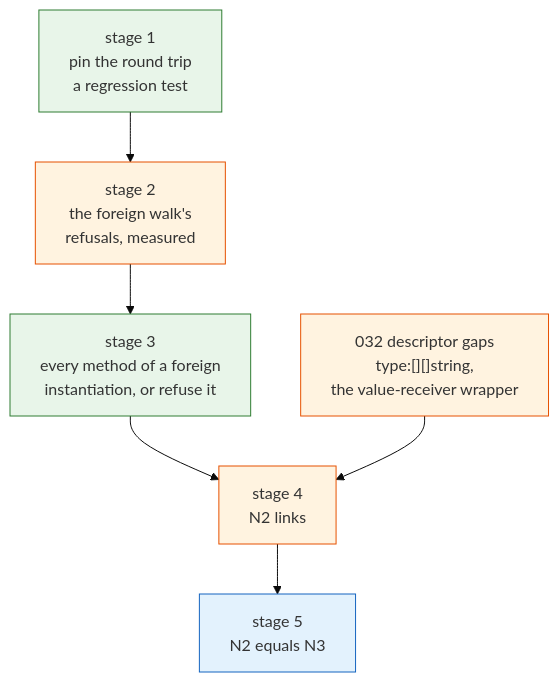
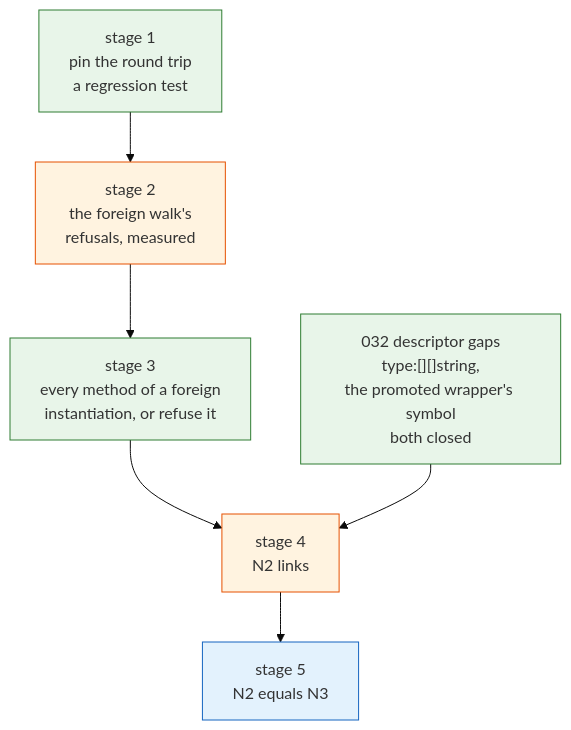
Before and after one commit to golang-design/nanogo: the second of 2 diagrams in specs/017-export-data-reading.md, drawn with Mermaid (base theme). The commit also changed other lines of this file and 6 other files, not shown here.

````diff
--- a/specs/017-export-data-reading.md
+++ b/specs/017-export-data-reading.md
@@ -550,16 +584,16 @@
 ```mermaid
 graph TD
   classDef done fill:#e8f5e9,stroke:#2e7d32
   classDef work fill:#fff3e0,stroke:#e65100
   classDef gate fill:#e3f2fd,stroke:#1565c0
 
   S1["stage 1<br/>pin the round trip<br/>a regression test"]:::done
   S2["stage 2<br/>the foreign walk's<br/>refusals, measured"]:::work
   S3["stage 3<br/>every method of a foreign<br/>instantiation, or refuse it"]:::done
   S4["stage 4<br/>N2 links"]:::work
   S5["stage 5<br/>N2 equals N3"]:::gate
 
   S1 --> S2 --> S3 --> S4 --> S5
-  D32["032 descriptor gaps<br/>type:[][]string,<br/>the value-receiver wrapper"]:::work
+  D32["032 descriptor gaps<br/>type:[][]string,<br/>the promoted wrapper's symbol<br/>both closed"]:::done
   D32 --> S4
 ```
````
